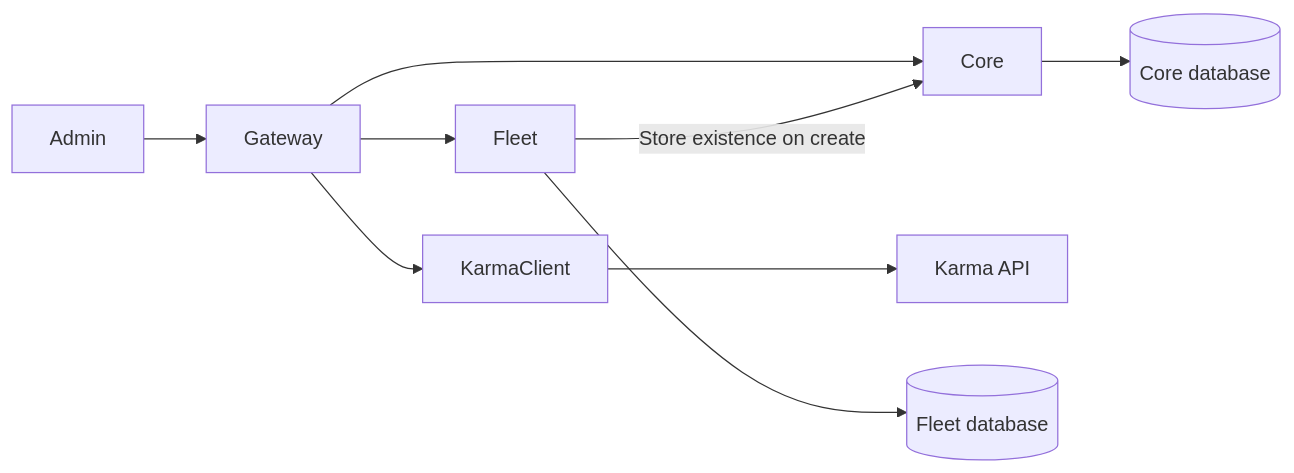
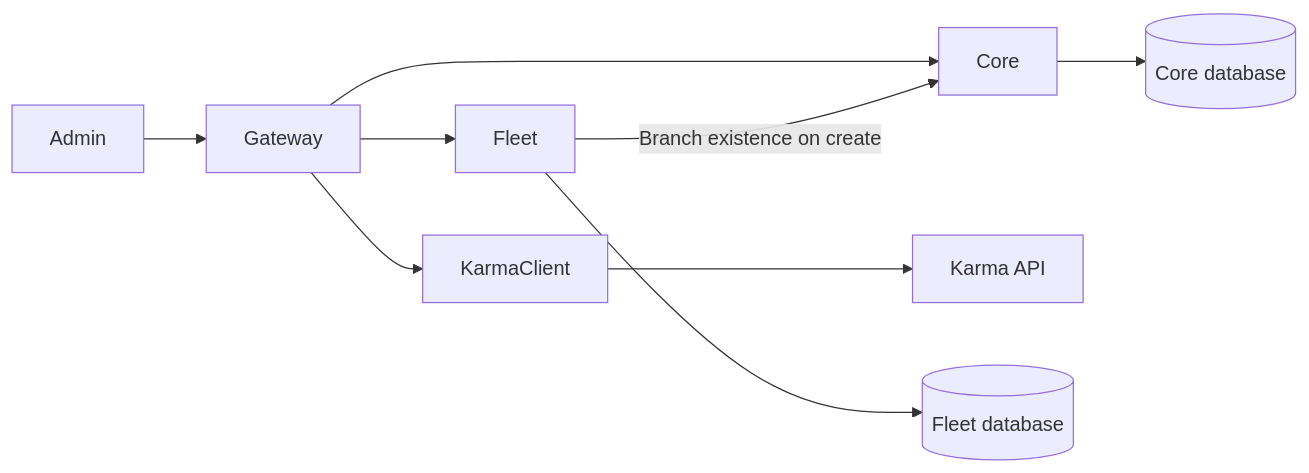
Before and after one commit to agavazov/holita: the diagram in docs/architecture/overview.md, drawn with Mermaid. The commit also changed other lines of this file and 142 other files, not shown here.

First line of the commit message:
Rename Store scope to Branch across holita

````diff
--- a/docs/architecture/overview.md
+++ b/docs/architecture/overview.md
@@ -14,11 +14,11 @@
 ```mermaid
 flowchart LR
   Admin --> Gateway
   Gateway --> Core
   Gateway --> Fleet
   Gateway --> KarmaClient
   KarmaClient --> KarmaAPI[Karma API]
   Core --> CoreDB[(Core database)]
   Fleet --> FleetDB[(Fleet database)]
-  Fleet -->|Store existence on create| Core
+  Fleet -->|Branch existence on create| Core
 ```
````
